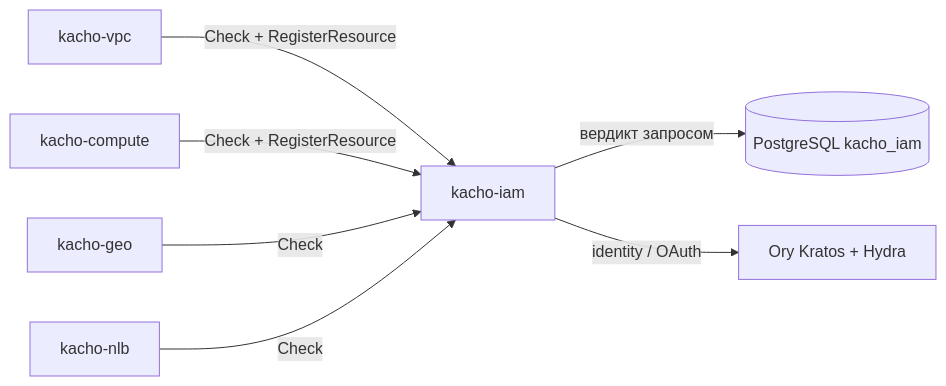
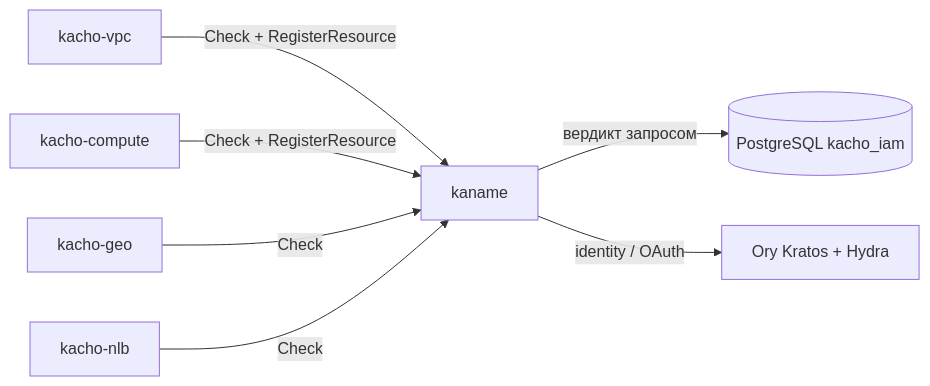
The second of 2 diagrams in services/iam/docs/content/architecture/overview.mdx (PRO-Robotech/kacho), drawn with Mermaid before and after one commit. The commit also changed other lines of this file and 1011 other files, not shown here.

````diff
--- a/services/iam/docs/content/architecture/overview.mdx
+++ b/services/iam/docs/content/architecture/overview.mdx
@@ -110,9 +110,9 @@
 ```mermaid
 flowchart LR
-  vpc["kacho-vpc"] -->|"Check + RegisterResource"| iam["kacho-iam"]
+  vpc["kacho-vpc"] -->|"Check + RegisterResource"| iam["kaname"]
   cmp["kacho-compute"] -->|"Check + RegisterResource"| iam
   geo["kacho-geo"] -->|"Check"| iam
   nlb["kacho-nlb"] -->|"Check"| iam
   iam -->|"вердикт запросом"| pg[("PostgreSQL kacho_iam")]
   iam -->|"identity / OAuth"| ory["Ory Kratos + Hydra"]
 ```
````
